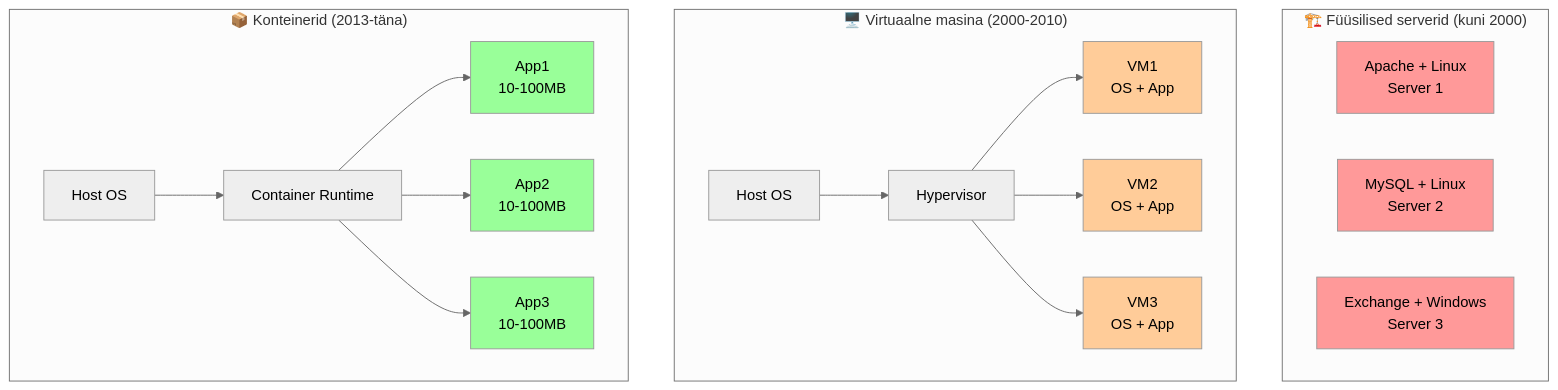
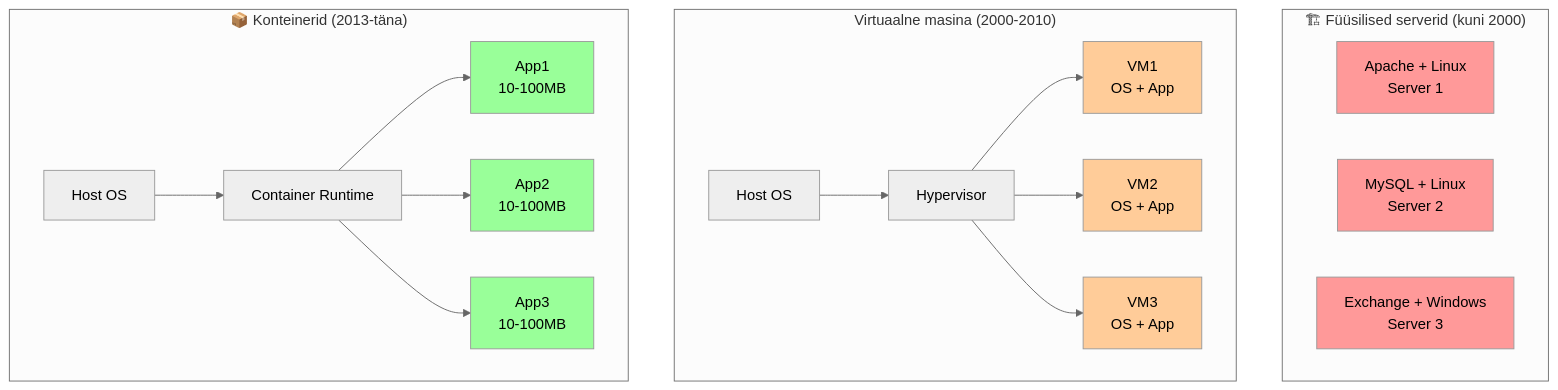
One commit to mtalvik/automation changed the diagram in docs/docker_fundamentals/lecture.md. Above: the diagram before and after it, drawn with Mermaid (neutral theme). The commit also changed other lines of this file and 168 other files, not shown here.

````diff
--- a/docs/docker_fundamentals/lecture.md
+++ b/docs/docker_fundamentals/lecture.md
@@ -238,44 +239,44 @@
 ```mermaid
 graph TB
-    subgraph "🏗️ Füüsilised serverid (kuni 2000)"
+    subgraph "🏗 Füüsilised serverid (kuni 2000)"
         Physical1[Apache + Linux<br/>Server 1]
         Physical2[MySQL + Linux<br/>Server 2]
         Physical3[Exchange + Windows<br/>Server 3]
     end
     
-    subgraph "🖥️ Virtuaalne masina (2000-2010)"
+    subgraph " Virtuaalne masina (2000-2010)"
         HostOS[Host OS]
         Hypervisor[Hypervisor]
         VM1[VM1<br/>OS + App]
         VM2[VM2<br/>OS + App]
         VM3[VM3<br/>OS + App]
         
         HostOS --> Hypervisor
         Hypervisor --> VM1
         Hypervisor --> VM2
         Hypervisor --> VM3
     end
     
     subgraph "📦 Konteinerid (2013-täna)"
         HostOS2[Host OS]
         Runtime[Container Runtime]
         Container1[App1<br/>10-100MB]
         Container2[App2<br/>10-100MB]
         Container3[App3<br/>10-100MB]
         
         HostOS2 --> Runtime
         Runtime --> Container1
         Runtime --> Container2
         Runtime --> Container3
     end
     
     style Physical1 fill:#ff9999
     style Physical2 fill:#ff9999
     style Physical3 fill:#ff9999
     style VM1 fill:#ffcc99
     style VM2 fill:#ffcc99
     style VM3 fill:#ffcc99
     style Container1 fill:#99ff99
     style Container2 fill:#99ff99
     style Container3 fill:#99ff99
 ```
````
